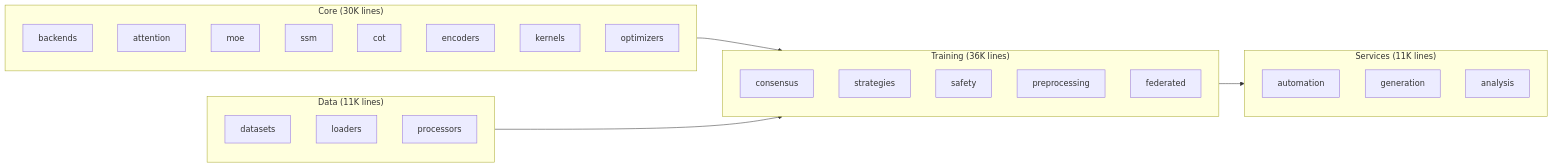
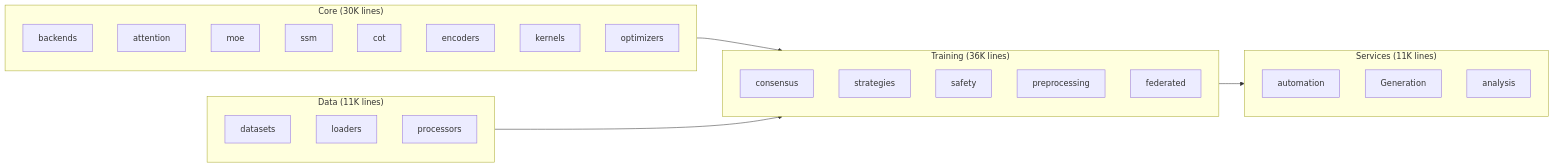
One commit to anachroni-co/cunca changed the second of 9 diagrams in README.md. Above: the diagram before and after it, drawn with Mermaid. The commit also changed other lines of this file and 53 other files, not shown here.

````diff
--- a/README.md
+++ b/README.md
@@ -132,37 +132,37 @@
 ```mermaid
 graph LR
     subgraph core[" Core (30K lines)"]
         backends[backends]
         attention[attention]
         moe[moe]
         ssm[ssm]
         cot[cot]
         encoders[encoders]
         kernels[kernels]
         optimizers[optimizers]
     end
 
     subgraph training[" Training (36K lines)"]
         consensus[consensus]
         strategies[strategies]
         safety[safety]
         preprocessing[preprocessing]
         federated[federated]
     end
 
     subgraph data[" Data (11K lines)"]
         datasets[datasets]
         loaders[loaders]
         processors[processors]
     end
 
     subgraph services[" Services (11K lines)"]
         automation[automation]
-        generation[generation]
+        Generation[Generation]
         analysis[analysis]
     end
 
     core --> training
     data --> training
     training --> services
 ```
````
